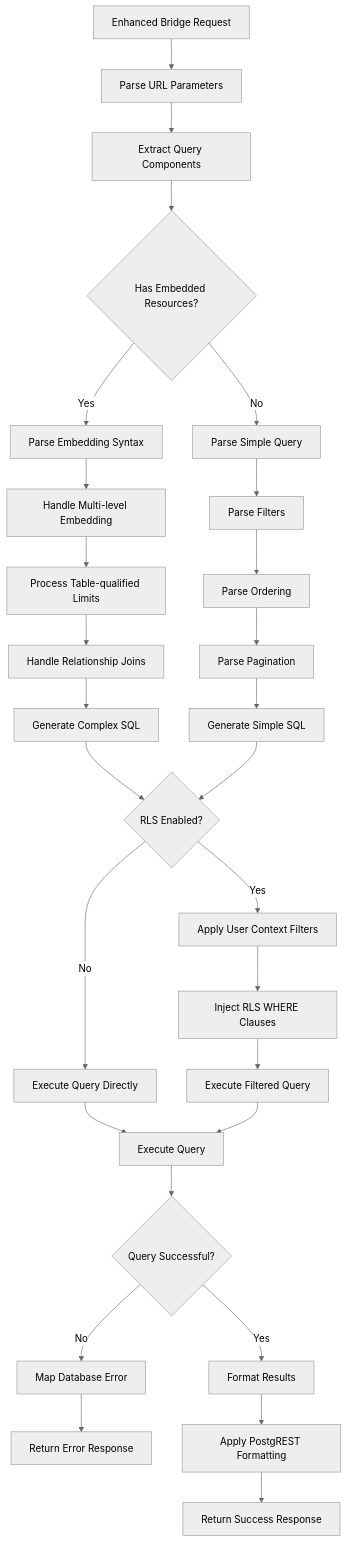
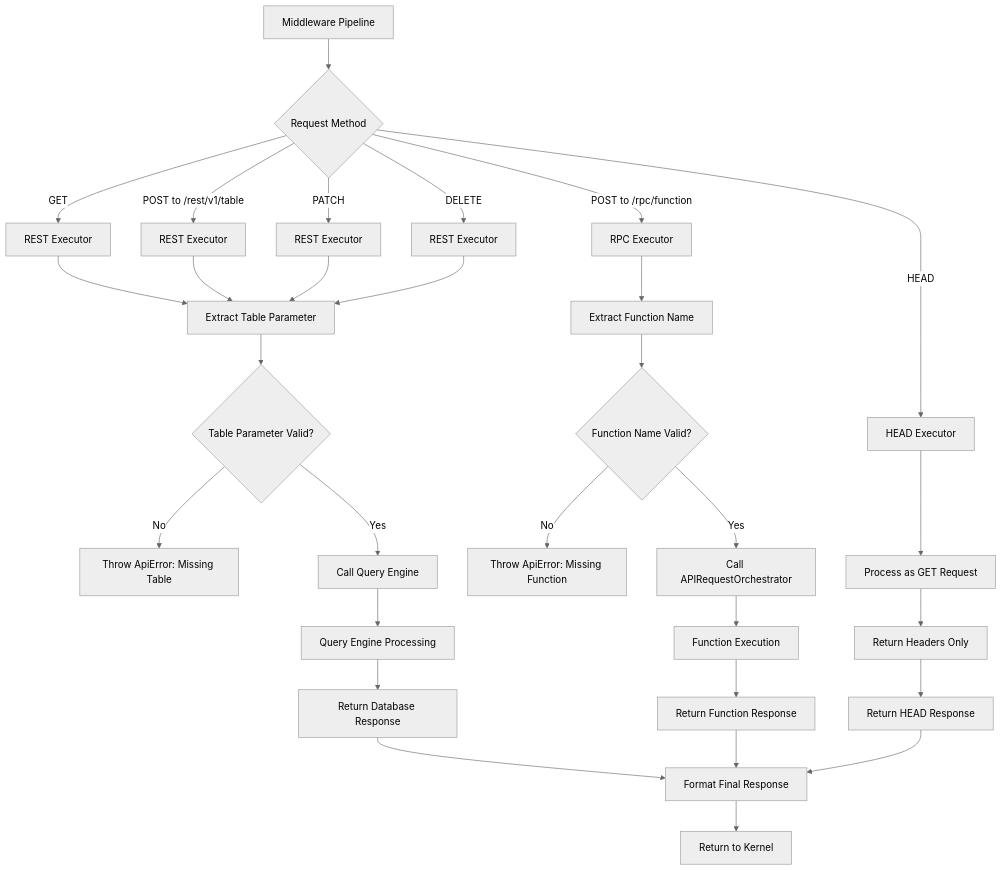
Before and after one commit to burggraf/supabase-lite: the fourth of 9 diagrams in docs/api/architecture/request-flow.md, drawn with Mermaid (neutral theme). The commit also changed other lines of this file and 14 other files, not shown here.

First line of the commit message:
docs: Complete /docs/api rewrite for unified kernel architecture

````diff
--- a/docs/api/architecture/request-flow.md
+++ b/docs/api/architecture/request-flow.md
@@ -126,40 +161,41 @@
 ```mermaid
 flowchart TD
-    A[Enhanced Bridge Request] --> B[Parse URL Parameters]
-    B --> C[Extract Query Components]
-    
-    C --> D{Has Embedded Resources?}
-    D -->|Yes| E[Parse Embedding Syntax]
-    D -->|No| F[Parse Simple Query]
-    
-    E --> G[Handle Multi-level Embedding]
-    G --> H[Process Table-qualified Limits]
-    H --> I[Handle Relationship Joins]
-    
-    F --> J[Parse Filters]
-    J --> K[Parse Ordering]
-    K --> L[Parse Pagination]
-    
-    I --> M[Generate Complex SQL]
-    L --> N[Generate Simple SQL]
-    
-    M --> O{RLS Enabled?}
-    N --> O
-    
-    O -->|Yes| P[Apply User Context Filters]
-    O -->|No| Q[Execute Query Directly]
-    
-    P --> R[Inject RLS WHERE Clauses]
-    R --> S[Execute Filtered Query]
-    
-    Q --> T[Execute Query]
-    S --> T
-    
-    T --> U{Query Successful?}
-    U -->|No| V[Map Database Error]
-    U -->|Yes| W[Format Results]
-    
-    V --> X[Return Error Response]
-    W --> Y[Apply PostgREST Formatting]
-    Y --> Z[Return Success Response]
+    A[Middleware Pipeline] --> B{Request Method}
+
+    B -->|GET| C[REST Executor]
+    B -->|POST to /rest/v1/table| D[REST Executor]
+    B -->|POST to /rpc/function| E[RPC Executor]
+    B -->|PATCH| F[REST Executor]
+    B -->|DELETE| G[REST Executor]
+    B -->|HEAD| H[HEAD Executor]
+
+    C --> I[Extract Table Parameter]
+    D --> I
+    F --> I
+    G --> I
+
+    I --> J{Table Parameter Valid?}
+    J -->|No| K[Throw ApiError: Missing Table]
+    J -->|Yes| L[Call Query Engine]
+
+    E --> M[Extract Function Name]
+    M --> N{Function Name Valid?}
+    N -->|No| O[Throw ApiError: Missing Function]
+    N -->|Yes| P[Call APIRequestOrchestrator]
+
+    H --> Q[Process as GET Request]
+    Q --> R[Return Headers Only]
+
+    L --> S[Query Engine Processing]
+    P --> T[Function Execution]
+
+    S --> U[Return Database Response]
+    T --> V[Return Function Response]
+    R --> W[Return HEAD Response]
+
+    U --> X[Format Final Response]
+    V --> X
+    W --> X
+
+    X --> Y[Return to Kernel]
 ```
````
